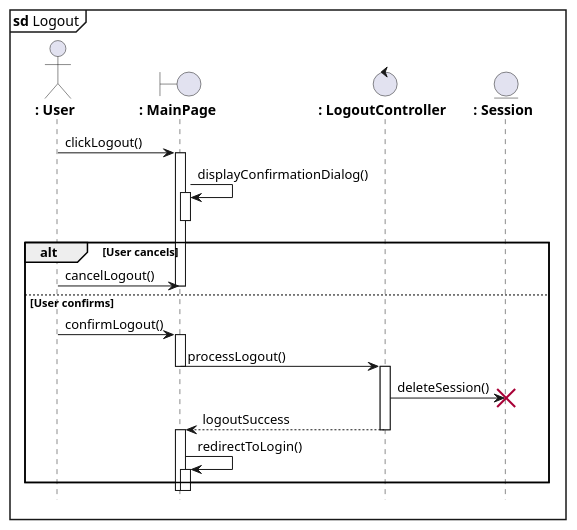
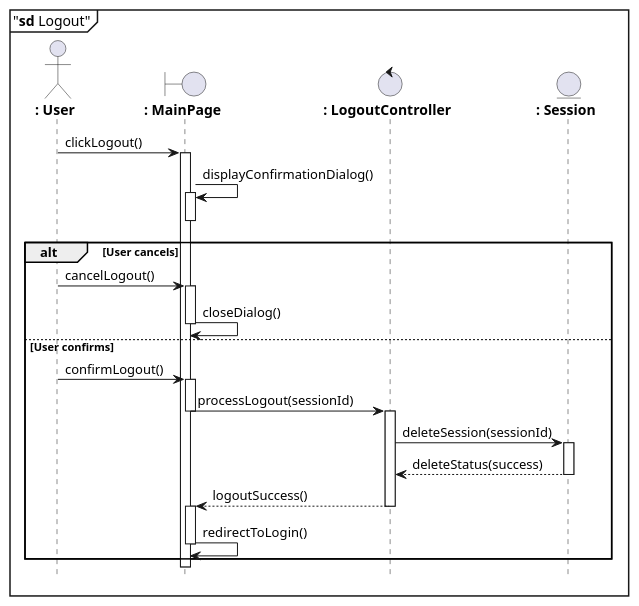
The diagram in logout.puml (azrappp/learning_uml2.0_pmul), drawn with PlantUML before and after one commit. The commit also changed 52 other files, not shown here.

```diff
--- a/logout.puml
+++ b/logout.puml
@@ -1,41 +1,49 @@
 @startuml
-mainframe **sd** Logout
+mainframe "**sd** Logout"
 hide footbox
 
 actor "**: User**" as User
 boundary "**: MainPage**" as MainPage
 control "**: LogoutController**" as LogoutController
-entity "**: Session**" as Session
+entity  "**: Session**" as Session
 
+' User starts logout
 User -> MainPage : clickLogout()
 activate MainPage
 
+' UI shows confirmation dialog
 MainPage -> MainPage : displayConfirmationDialog()
 activate MainPage
 deactivate MainPage
 
-' Skenario Alternatif: Konfirmasi
 alt User cancels
     User -> MainPage : cancelLogout()
+    activate MainPage
+    MainPage -> MainPage : closeDialog()
     deactivate MainPage
 
 else User confirms
     User -> MainPage : confirmLogout()
     activate MainPage
-    MainPage -> LogoutController : processLogout()
+
+    ' Page asks controller to process logout
+    MainPage -> LogoutController : processLogout(sessionId)
     deactivate MainPage
     activate LogoutController
 
-    ' Controller menghancurkan objek Sesi
-    LogoutController -> Session !! : deleteSession()
+    ' Controller deletes session
+    LogoutController -> Session : deleteSession(sessionId)
+    activate Session
+    Session --> LogoutController : deleteStatus(success)
+    deactivate Session
 
-    ' Koreksi Mistake 3.21: Controller melapor kembali ke Page
-    LogoutController --> MainPage : logoutSuccess
+    ' Controller reports back to page
+    LogoutController --> MainPage : logoutSuccess()
     deactivate LogoutController
     activate MainPage
 
-    ' Page mengarahkan pengguna
+    ' Page redirects user to login
     MainPage -> MainPage : redirectToLogin()
-    activate MainPage
+    deactivate MainPage
 end
 @enduml
```
